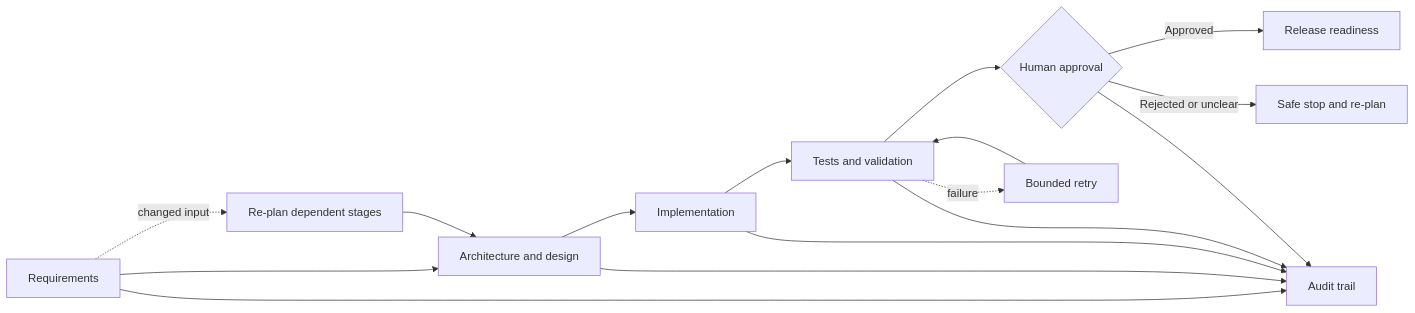
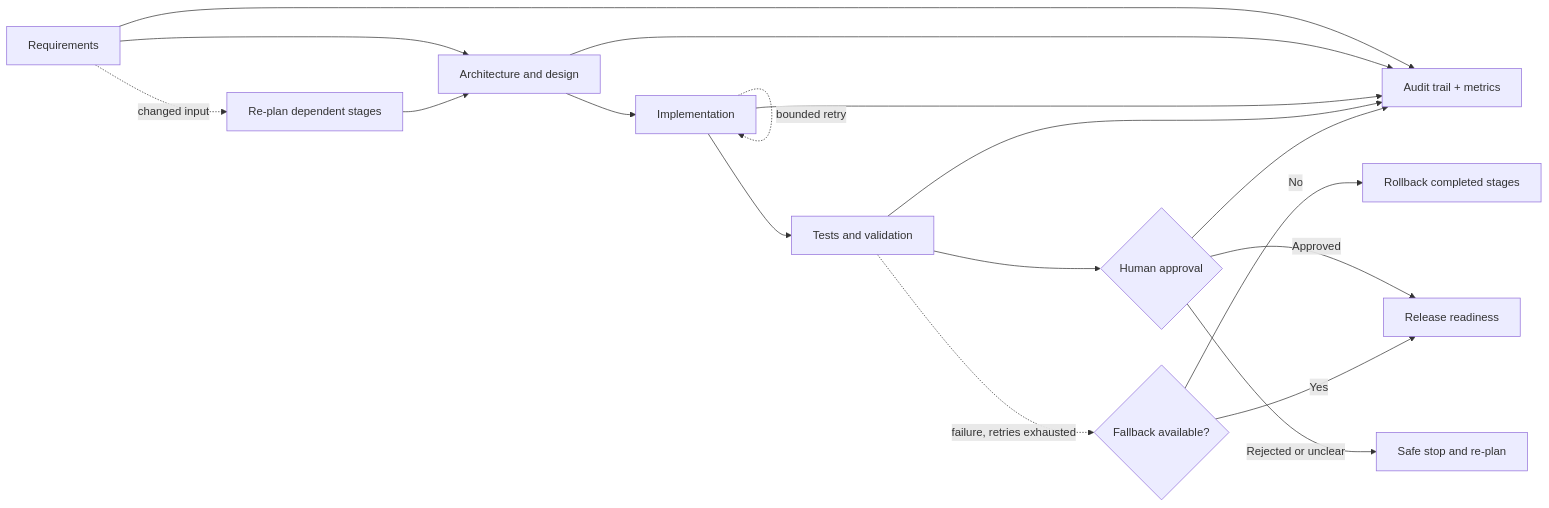
The second of 2 diagrams in docs/architecture.md (dchanch/url-shortner), drawn with Mermaid before and after one commit. The commit also changed other lines of this file and 10 other files, not shown here.

````diff
--- a/docs/architecture.md
+++ b/docs/architecture.md
@@ -47,18 +48,20 @@
 ```mermaid
 flowchart LR
     Requirements[Requirements] --> Design[Architecture and design]
     Design --> Implementation[Implementation]
     Implementation --> Validation[Tests and validation]
     Validation --> ReleaseGate{Human approval}
     ReleaseGate -- Approved --> Release[Release readiness]
     ReleaseGate -- Rejected or unclear --> SafeStop[Safe stop and re-plan]
-    Validation -. failure .-> Retry[Bounded retry]
-    Retry --> Validation
+    Validation -. failure, retries exhausted .-> Fallback{Fallback available?}
+    Fallback -- Yes --> Release
+    Fallback -- No --> Rollback[Rollback completed stages]
+    Implementation -. bounded retry .-> Implementation
     Requirements -. changed input .-> Replan[Re-plan dependent stages]
     Replan --> Design
-    Requirements --> Audit[Audit trail]
+    Requirements --> Audit[Audit trail + metrics]
     Design --> Audit
     Implementation --> Audit
     Validation --> Audit
     ReleaseGate --> Audit
 ```
````
